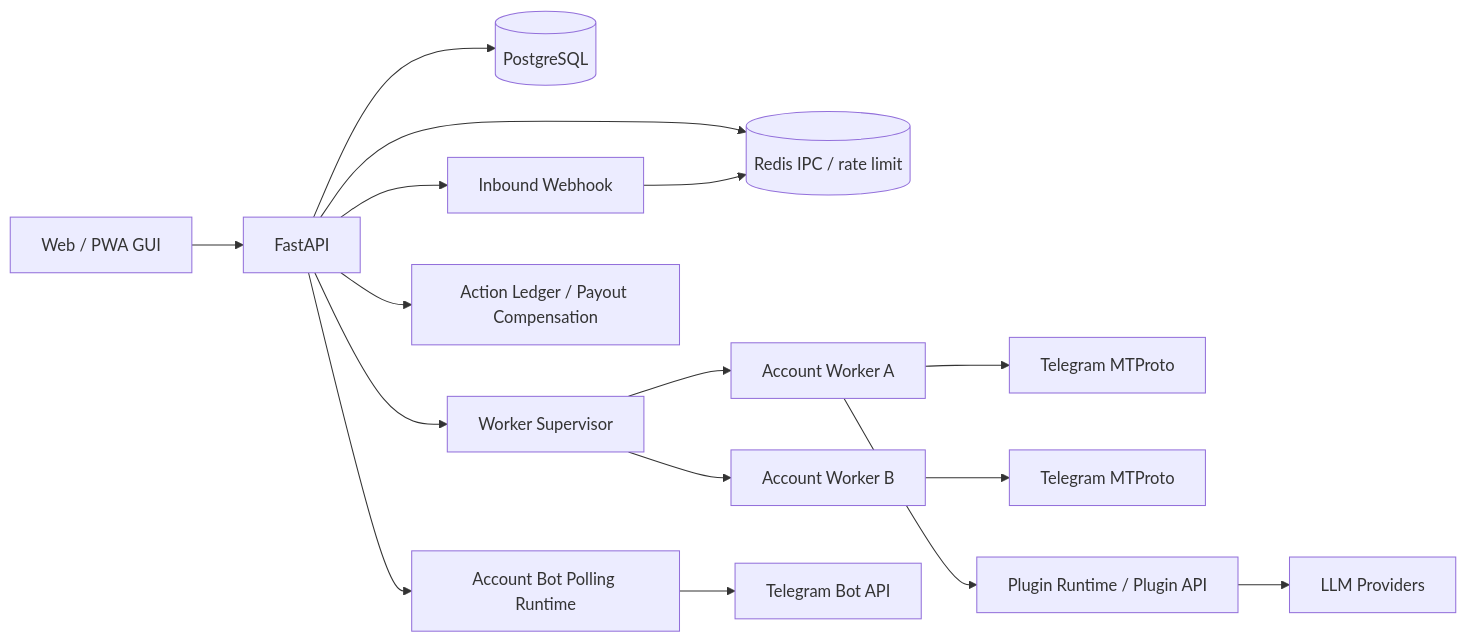
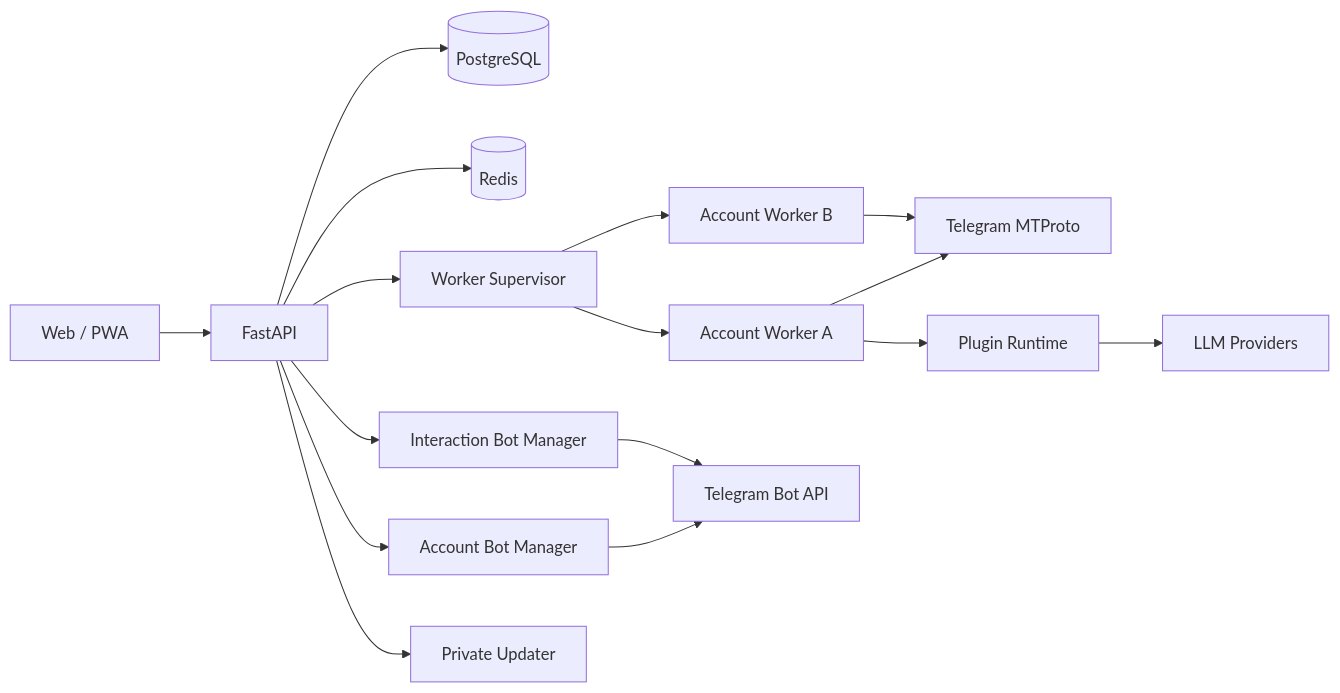
Before and after one commit to Anoyou/telebot: the diagram in README.md, drawn with Mermaid. The commit also changed other lines of this file and 71 other files, not shown here.

````diff
--- a/README.md
+++ b/README.md
@@ -102,18 +65,18 @@
 ```mermaid
 flowchart LR
-  Browser["Web / PWA GUI"] --> API["FastAPI"]
-  API --> DB[("PostgreSQL")]
-  API --> Redis[("Redis IPC / rate limit")]
+  UI["Web / PWA"] --> API["FastAPI"]
+  API --> PG[("PostgreSQL")]
+  API --> Redis[("Redis")]
   API --> Supervisor["Worker Supervisor"]
   Supervisor --> W1["Account Worker A"]
   Supervisor --> W2["Account Worker B"]
-  W1 --> TG1["Telegram MTProto"]
-  W2 --> TG2["Telegram MTProto"]
-  W1 --> PluginRuntime["Plugin Runtime / Plugin API"]
-  PluginRuntime --> LLM["LLM Providers"]
-  API --> AccountBot["Account Bot Polling Runtime"]
+  W1 --> TG["Telegram MTProto"]
+  W2 --> TG
+  W1 --> Plugins["Plugin Runtime"]
+  Plugins --> LLM["LLM Providers"]
+  API --> AccountBot["Account Bot Manager"]
+  API --> InteractionBot["Interaction Bot Manager"]
   AccountBot --> BotAPI["Telegram Bot API"]
-  API --> Ledger["Action Ledger / Payout Compensation"]
-  API --> Webhook["Inbound Webhook"]
-  Webhook --> Redis
+  InteractionBot --> BotAPI
+  API --> Updater["Private Updater"]
 ```
````
